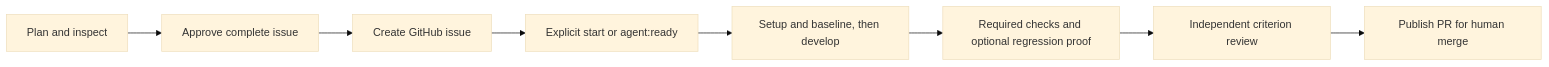
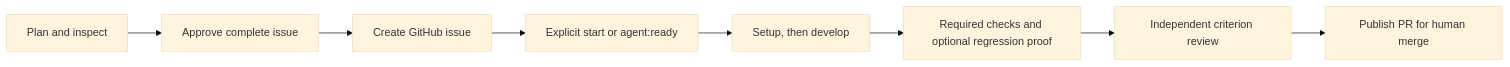
One commit to MelGGit/durable-factory changed the diagram in README.md. Above: the diagram before and after it, drawn with Mermaid (base theme). The commit also changed other lines of this file and 48 other files, not shown here.

First line of the commit message:
Add AG-UI streaming chat, activity feed, and deletion flow

````diff
--- a/README.md
+++ b/README.md
@@ -71,10 +73,10 @@
 ```mermaid
 flowchart LR
     Plan[Plan and inspect] --> Approve[Approve complete issue]
     Approve --> Issue[Create GitHub issue]
     Issue --> Start[Explicit start or agent:ready]
-    Start --> Develop[Setup and baseline, then develop]
+    Start --> Develop[Setup, then develop]
     Develop --> Checks[Required checks and optional regression proof]
     Checks --> Review[Independent criterion review]
     Review --> PR[Publish PR for human merge]
 ```
````
